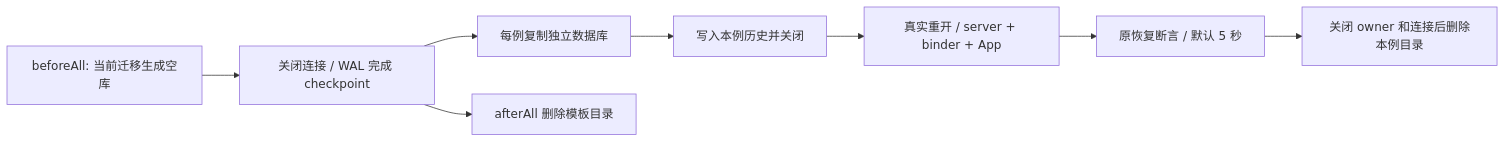
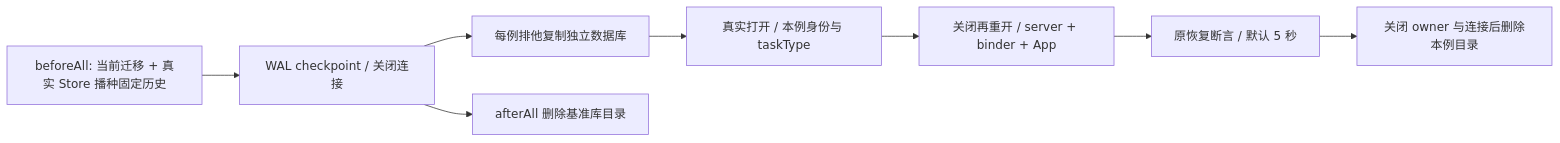
The diagram in docs/spec/ci-cold-resume-fixtures.md (BlueSkyXN/OpenZWork), drawn with Mermaid before and after one commit. The commit also changed other lines of this file and 4 other files, not shown here.

````diff
--- a/docs/spec/ci-cold-resume-fixtures.md
+++ b/docs/spec/ci-cold-resume-fixtures.md
@@ -15,10 +13,10 @@
 ```mermaid
 flowchart LR
-    A[beforeAll: 当前迁移生成空库] --> B[关闭连接 / WAL 完成 checkpoint]
-    B --> C[每例复制独立数据库]
-    C --> D[写入本例历史并关闭]
-    D --> E[真实重开 / server + binder + App]
+    A[beforeAll: 当前迁移 + 真实 Store 播种固定历史] --> B[WAL checkpoint / 关闭连接]
+    B --> C[每例排他复制独立数据库]
+    C --> D[真实打开 / 本例身份与 taskType]
+    D --> E[关闭再重开 / server + binder + App]
     E --> F[原恢复断言 / 默认 5 秒]
-    F --> G[关闭 owner 和连接后删除本例目录]
-    B --> H[afterAll 删除模板目录]
+    F --> G[关闭 owner 与连接后删除本例目录]
+    B --> H[afterAll 删除基准库目录]
 ```
````
